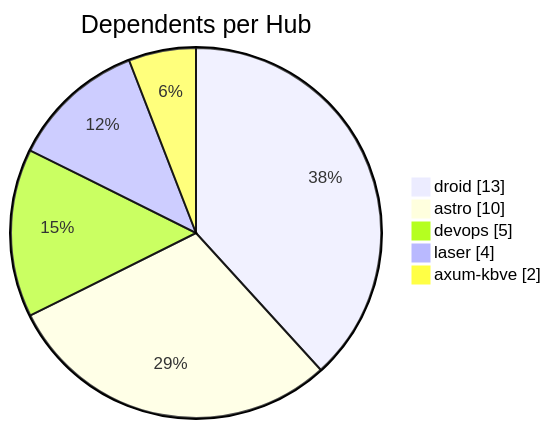
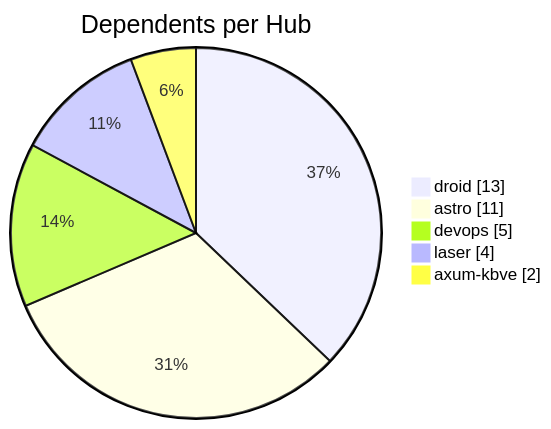
Before and after one commit to KBVE/kbve: the second of 3 diagrams in apps/kbve/astro-kbve/src/content/docs/dashboard/graph.mdx, drawn with Mermaid. The commit also changed other lines of this file and 8 other files, not shown here.

````diff
--- a/apps/kbve/astro-kbve/src/content/docs/dashboard/graph.mdx
+++ b/apps/kbve/astro-kbve/src/content/docs/dashboard/graph.mdx
@@ -66,9 +66,9 @@
 ```mermaid
 pie showData
     title Dependents per Hub
     "droid" : 13
-    "astro" : 10
+    "astro" : 11
     "devops" : 5
     "laser" : 4
     "axum-kbve" : 2
 ```
````
